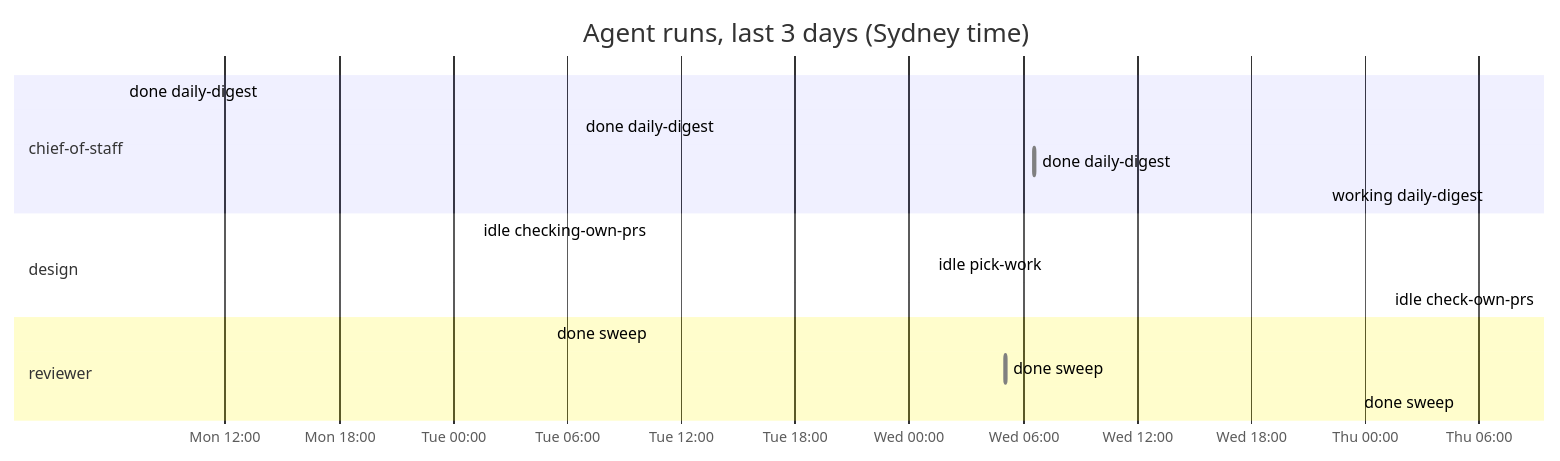
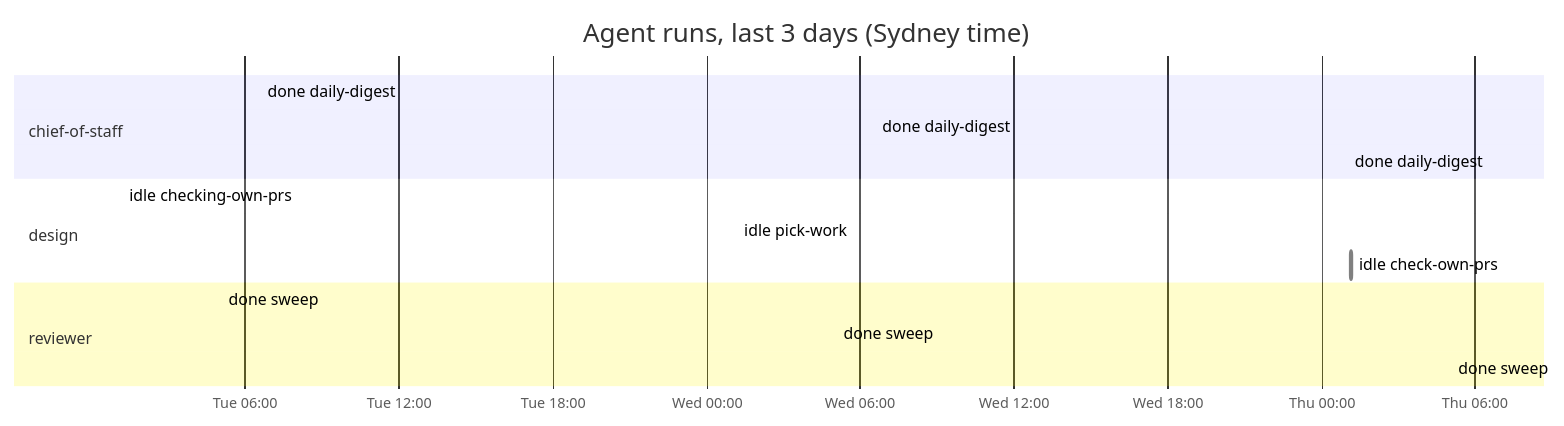
The diagram in dashboard.md (roulmediateam-byte/fifteen-expert-hq), drawn with Mermaid before and after one commit. The commit also changed other lines of this file and 1 other file, not shown here.

````diff
--- a/dashboard.md
+++ b/dashboard.md
@@ -45,19 +46,18 @@
 ```mermaid
 gantt
     title Agent runs, last 3 days (Sydney time)
     dateFormat YYYY-MM-DD HH:mm
     axisFormat %a %H:%M
     section chief-of-staff
-    done daily-digest :done, 2026-11-16 06:35, 2026-11-16 06:36
     done daily-digest :done, 2026-11-17 06:35, 2026-11-17 06:36
     done daily-digest :done, 2026-11-18 06:35, 2026-11-18 06:36
-    working daily-digest :active, 2026-11-19 06:35, 2026-11-19 06:35
+    done daily-digest :done, 2026-11-19 06:35, 2026-11-19 06:36
     section design
     idle checking-own-prs :done, 2026-11-17 01:12, 2026-11-17 01:12
     idle pick-work :done, 2026-11-18 01:11, 2026-11-18 01:11
     idle check-own-prs :done, 2026-11-19 01:10, 2026-11-19 01:11
     section reviewer
     done sweep :done, 2026-11-17 05:05, 2026-11-17 05:05
     done sweep :done, 2026-11-18 05:04, 2026-11-18 05:05
     done sweep :done, 2026-11-19 05:04, 2026-11-19 05:05
 ```
````
